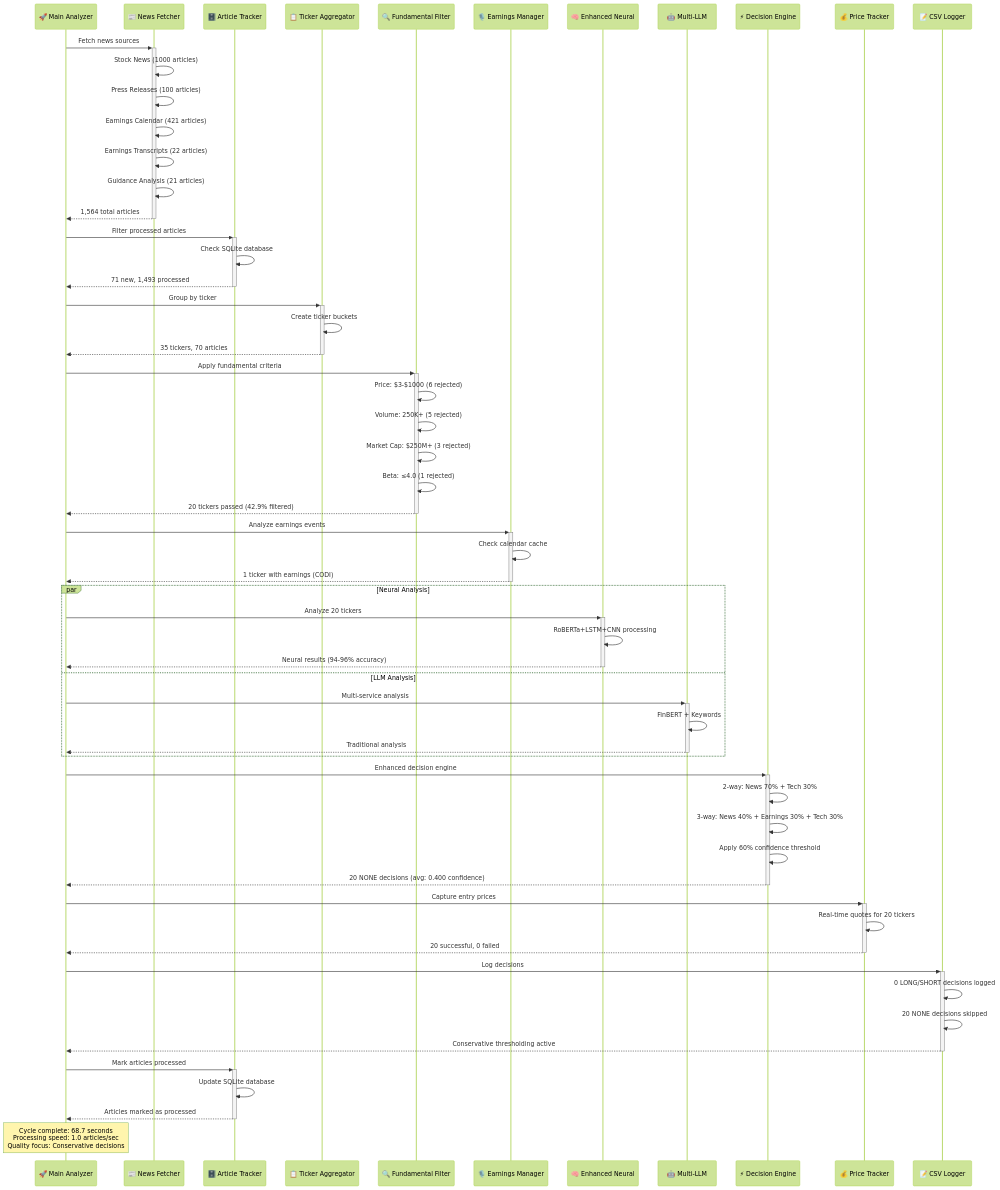
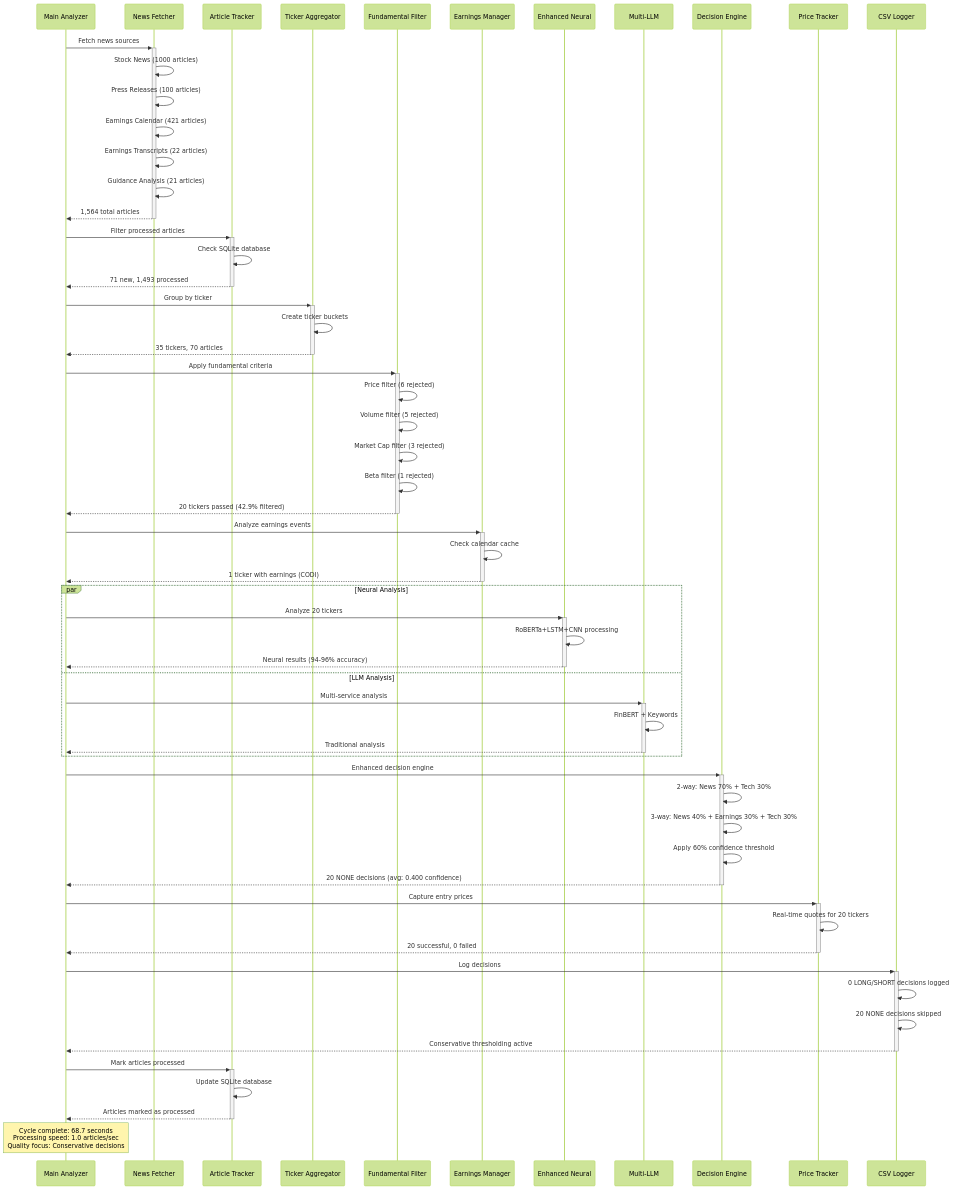
The second of 8 diagrams in news_cruncher/README.md (jaygasi/news_analyzer), drawn with Mermaid (forest theme) before and after one commit. The commit also changed other lines of this file, not shown here.

Commit message:
most are working, added the cache for the bad tickers that get rejected by fmp

````diff
--- a/news_cruncher/README.md
+++ b/news_cruncher/README.md
@@ -762,72 +106,72 @@
 ```mermaid
 sequenceDiagram
-    participant Main as 🚀 Main Analyzer
-    participant News as 📰 News Fetcher
-    participant Tracker as 🗄️ Article Tracker
-    participant Aggregator as 📋 Ticker Aggregator
-    participant Filter as 🔍 Fundamental Filter
-    participant Earnings as 🎙️ Earnings Manager
-    participant Neural as 🧠 Enhanced Neural
-    participant LLM as 🤖 Multi-LLM
-    participant Decision as ⚡ Decision Engine
-    participant Price as 💰 Price Tracker
-    participant CSV as 📝 CSV Logger
+    participant Main as Main Analyzer
+    participant News as News Fetcher
+    participant Tracker as Article Tracker
+    participant Aggregator as Ticker Aggregator
+    participant Filter as Fundamental Filter
+    participant Earnings as Earnings Manager
+    participant Neural as Enhanced Neural
+    participant LLM as Multi-LLM
+    participant Decision as Decision Engine
+    participant Price as Price Tracker
+    participant CSV as CSV Logger
 
     Main->>+News: Fetch news sources
     News->>News: Stock News (1000 articles)
     News->>News: Press Releases (100 articles)
     News->>News: Earnings Calendar (421 articles)
     News->>News: Earnings Transcripts (22 articles)
     News->>News: Guidance Analysis (21 articles)
     News-->>-Main: 1,564 total articles
 
     Main->>+Tracker: Filter processed articles
     Tracker->>Tracker: Check SQLite database
     Tracker-->>-Main: 71 new, 1,493 processed
 
     Main->>+Aggregator: Group by ticker
     Aggregator->>Aggregator: Create ticker buckets
     Aggregator-->>-Main: 35 tickers, 70 articles
 
     Main->>+Filter: Apply fundamental criteria
-    Filter->>Filter: Price: $3-$1000 (6 rejected)
-    Filter->>Filter: Volume: 250K+ (5 rejected)
-    Filter->>Filter: Market Cap: $250M+ (3 rejected)
-    Filter->>Filter: Beta: ≤4.0 (1 rejected)
+    Filter->>Filter: Price filter (6 rejected)
+    Filter->>Filter: Volume filter (5 rejected)
+    Filter->>Filter: Market Cap filter (3 rejected)
+    Filter->>Filter: Beta filter (1 rejected)
     Filter-->>-Main: 20 tickers passed (42.9% filtered)
 
     Main->>+Earnings: Analyze earnings events
     Earnings->>Earnings: Check calendar cache
     Earnings-->>-Main: 1 ticker with earnings (CODI)
 
     par Neural Analysis
         Main->>+Neural: Analyze 20 tickers
         Neural->>Neural: RoBERTa+LSTM+CNN processing
         Neural-->>-Main: Neural results (94-96% accuracy)
     and LLM Analysis  
         Main->>+LLM: Multi-service analysis
         LLM->>LLM: FinBERT + Keywords
         LLM-->>-Main: Traditional analysis
     end
 
     Main->>+Decision: Enhanced decision engine
     Decision->>Decision: 2-way: News 70% + Tech 30%
     Decision->>Decision: 3-way: News 40% + Earnings 30% + Tech 30%
     Decision->>Decision: Apply 60% confidence threshold
     Decision-->>-Main: 20 NONE decisions (avg: 0.400 confidence)
 
     Main->>+Price: Capture entry prices
     Price->>Price: Real-time quotes for 20 tickers
     Price-->>-Main: 20 successful, 0 failed
 
     Main->>+CSV: Log decisions
     CSV->>CSV: 0 LONG/SHORT decisions logged
     CSV->>CSV: 20 NONE decisions skipped
     CSV-->>-Main: Conservative thresholding active
 
     Main->>+Tracker: Mark articles processed
     Tracker->>Tracker: Update SQLite database
     Tracker-->>-Main: Articles marked as processed
 
     Note over Main: Cycle complete: 68.7 seconds<br/>Processing speed: 1.0 articles/sec<br/>Quality focus: Conservative decisions
 ```
````
